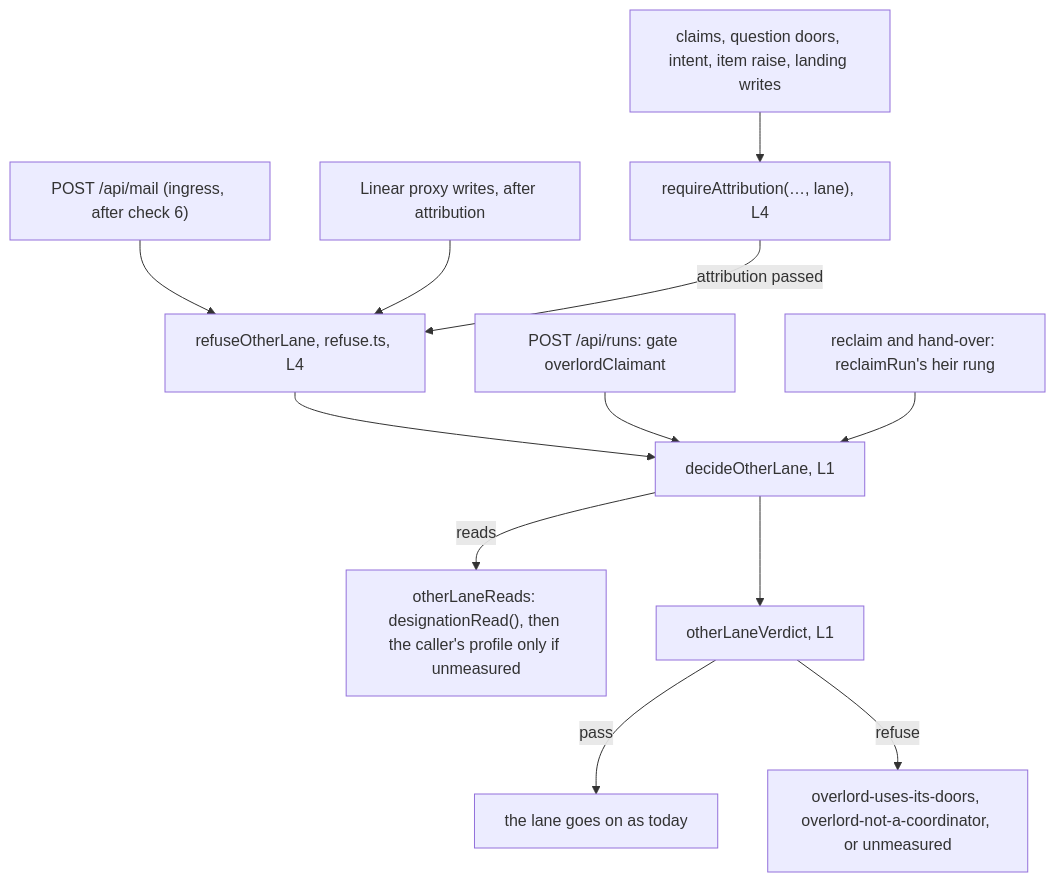
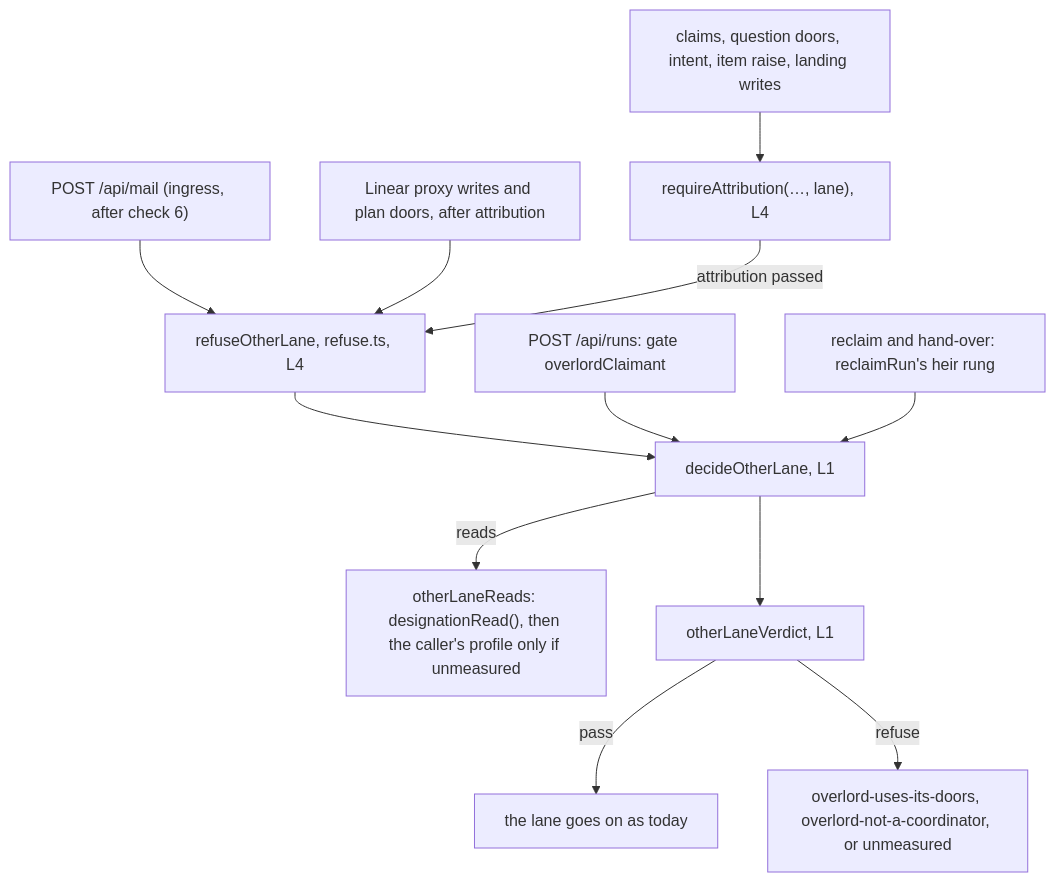
One commit to Synapsium-Labs/ccrc-pwa changed the diagram in docs/superpowers/plans/2026-11-14-overlord-w1/w1-other-lanes.md. Above: the diagram before and after it, drawn with Mermaid. The commit also changed other lines of this file, not shown here.

First line of the commit message:
docs(plan): other-lane refusals: the six plan doors refuse the Overlord

````diff
--- a/docs/superpowers/plans/2026-11-14-overlord-w1/w1-other-lanes.md
+++ b/docs/superpowers/plans/2026-11-14-overlord-w1/w1-other-lanes.md
@@ -64,14 +68,14 @@
 ```mermaid
 flowchart TD
   M["POST /api/mail (ingress, after check 6)"] --> R["refuseOtherLane, refuse.ts, L4"]
   C["claims, question doors, intent, item raise, landing writes"] --> A["requireAttribution(…, lane), L4"]
-  L["Linear proxy writes, after attribution"] --> R
+  L["Linear proxy writes and plan doors, after attribution"] --> R
   A -->|"attribution passed"| R
   R --> D["decideOtherLane, L1"]
   O["POST /api/runs: gate overlordClaimant"] --> D
   H["reclaim and hand-over: reclaimRun's heir rung"] --> D
   D -->|"reads"| RD["otherLaneReads: designationRead(), then the caller's profile only if unmeasured"]
   D --> V["otherLaneVerdict, L1"]
   V -->|"pass"| P["the lane goes on as today"]
   V -->|"refuse"| W["overlord-uses-its-doors, overlord-not-a-coordinator, or unmeasured"]
 ```
````
